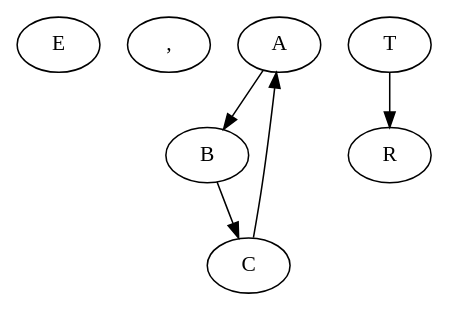
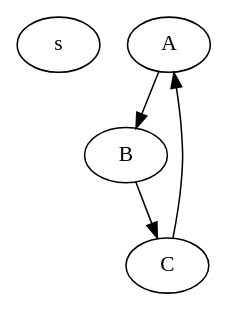
Before and after one commit to ryanalfa94/-CSE-464-2024-ralfa: the diagram in src/main/resources/output.dot, drawn with Graphviz. The commit also changed 10 other files, not shown here.

```diff
--- a/src/main/resources/output.dot
+++ b/src/main/resources/output.dot
@@ -1,8 +1,6 @@
 digraph "G" {
-"E"
-","
+"s"
 "A" -> "B"
 "B" -> "C"
 "C" -> "A"
-"T" -> "R"
 }
```
